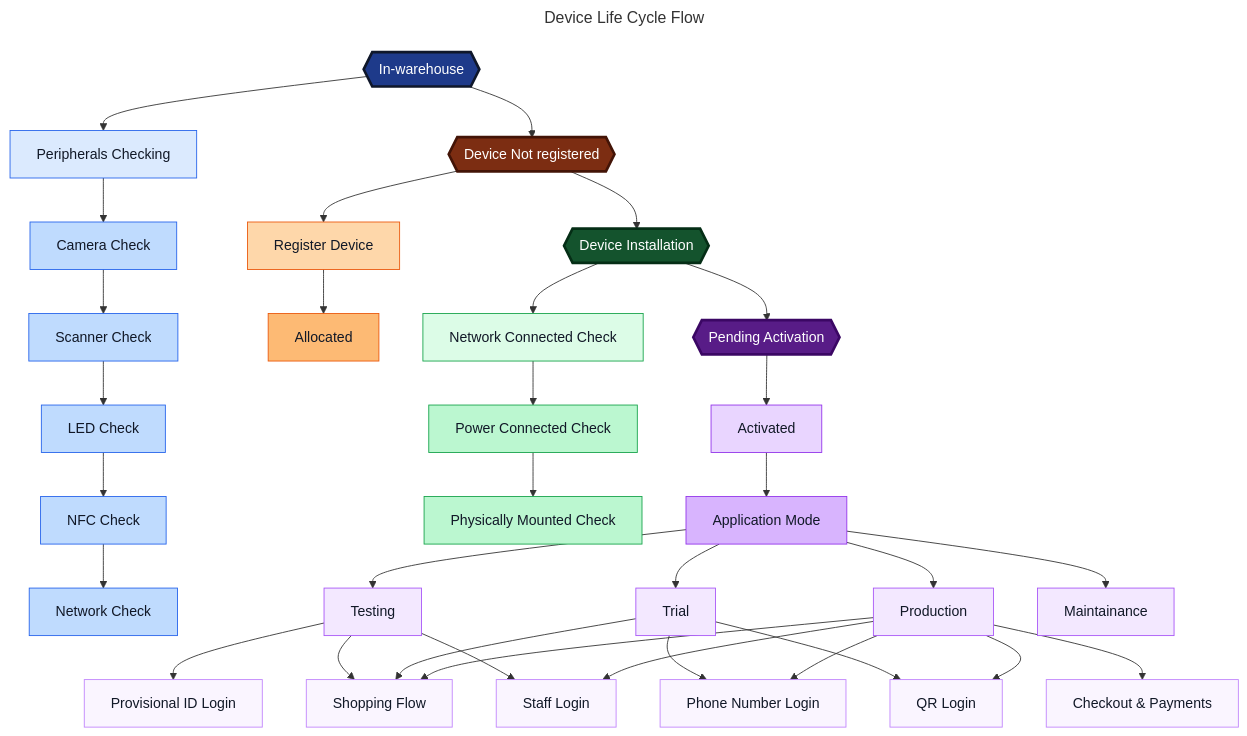
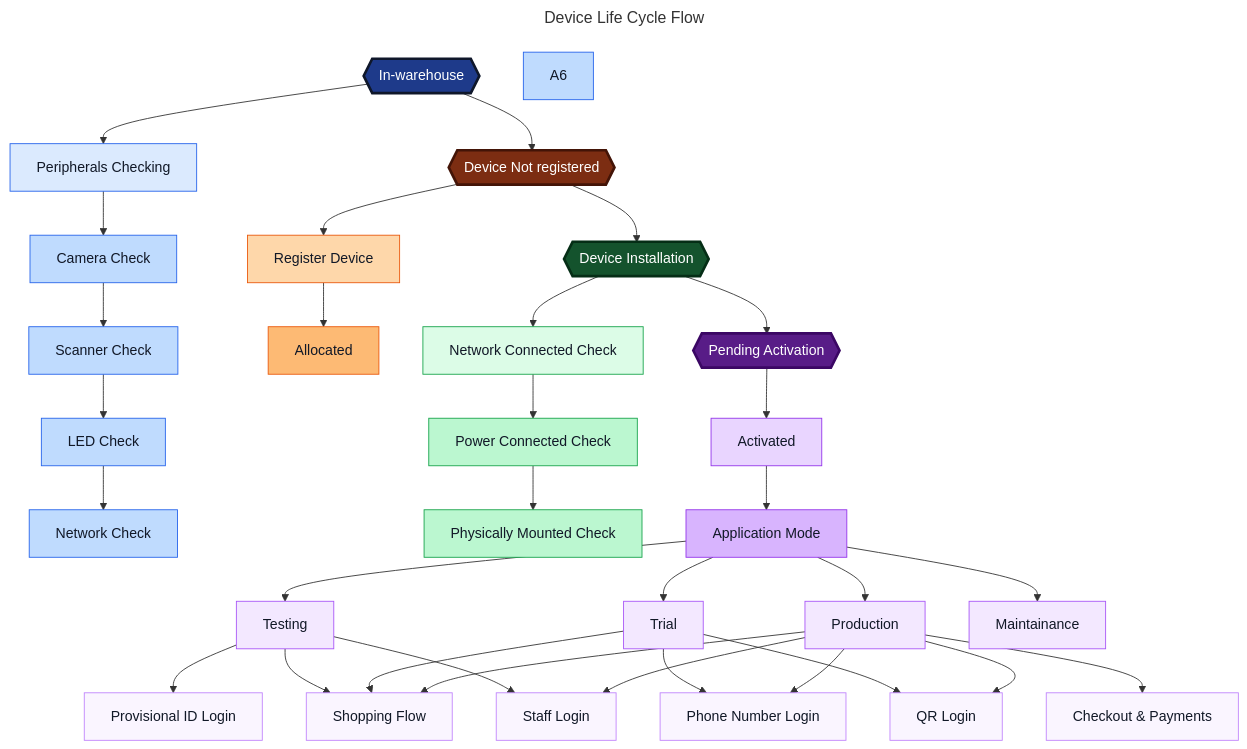
The diagram in SkipQ/TO-DO 18-May-2026/README.MD (Ayush750502/PrologicTechnologies2025), drawn with Mermaid before and after one commit.

Commit message:
Clarification

```diff
--- a/SkipQ/TO-DO 18-May-2026/README.MD
+++ b/SkipQ/TO-DO 18-May-2026/README.MD
@@ -15,8 +15,7 @@
 	A2[Camera Check]
 	A3[Scanner Check]
 	A4[LED Check]
-	A5[NFC Check]
-	A6[Network Check]
+	A5[Network Check]
 
 	B{{Device Not registered}}
 	B1[Register Device]
@@ -43,7 +42,7 @@
 
 	A --> B --> C --> D
 
-	A --> A1 --> A2 --> A3 --> A4 --> A5 --> A6
+	A --> A1 --> A2 --> A3 --> A4 --> A5
 
 	B --> B1 --> B2
 
```
